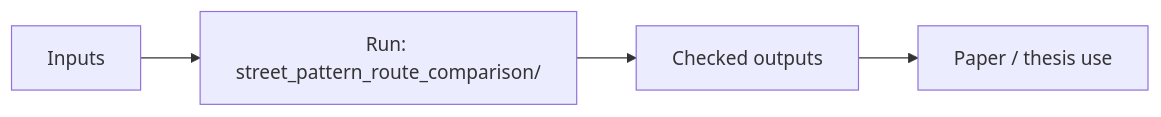
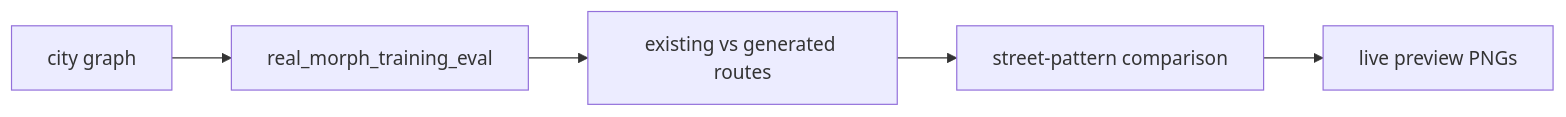
The diagram in README.md (GeorgeKontsevik/yana_experiments), drawn with Mermaid before and after one commit. The commit also changed other lines of this file and 1 other file, not shown here.

Commit message:
Improve README diagrams and project descriptions

````diff
--- a/README.md
+++ b/README.md
@@ -7,6 +7,7 @@
 ```mermaid
 flowchart LR
-    A[Inputs] --> B[Run: street_pattern_route_comparison/]
-    B --> C[Checked outputs]
-    C --> D[Paper / thesis use]
+    CITY[city graph] --> TRAIN[real_morph_training_eval]
+    TRAIN --> ROUTES[existing vs generated routes]
+    ROUTES --> PATTERN[street-pattern comparison]
+    PATTERN --> PREVIEW[live preview PNGs]
 ```
````
